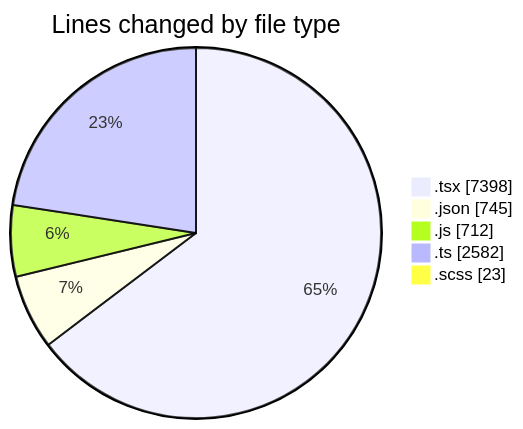
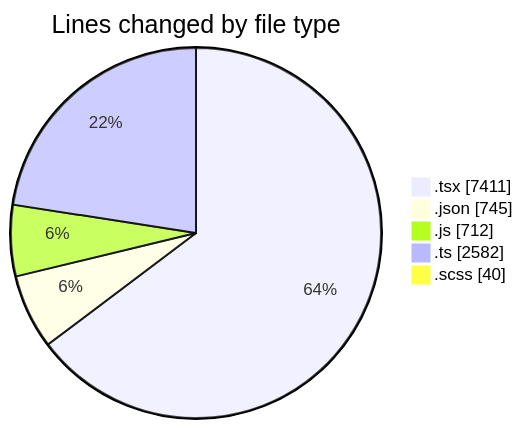
One commit to momahboobian/code-tracking changed the first of 2 diagrams in 2026-08-07/cda/README.md. Above: the diagram before and after it, drawn with Mermaid. The commit also changed other lines of this file and 1 other file, not shown here.

````diff
--- a/2026-08-07/cda/README.md
+++ b/2026-08-07/cda/README.md
@@ -35,9 +35,9 @@
 ```mermaid
 pie showData
 title Lines changed by file type
-".tsx" : 7398
+".tsx" : 7411
 ".json" : 745
 ".js" : 712
 ".ts" : 2582
-".scss" : 23
+".scss" : 40
 ```
````
